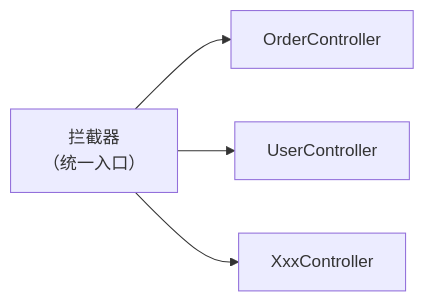
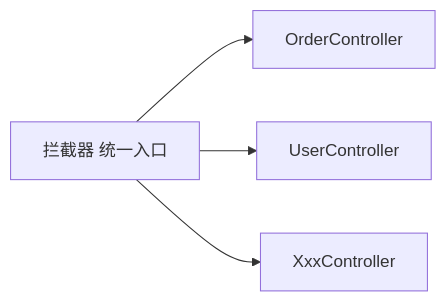
One commit to Jingqing3948/Note changed the third of 9 diagrams in 项目学习：黑马点评.md. Above: the diagram before and after it, drawn with Mermaid. The commit also changed other lines of this file and 19 other files, not shown here.

````diff
--- a/项目学习：黑马点评.md
+++ b/项目学习：黑马点评.md
@@ -275,7 +277,7 @@
 ```mermaid
 graph LR
-    A[拦截器<br>（统一入口）] --> B[OrderController]
+    A[拦截器 统一入口] --> B[OrderController]
     A --> C[UserController]
     A --> D[XxxController]
 
 ```
````
